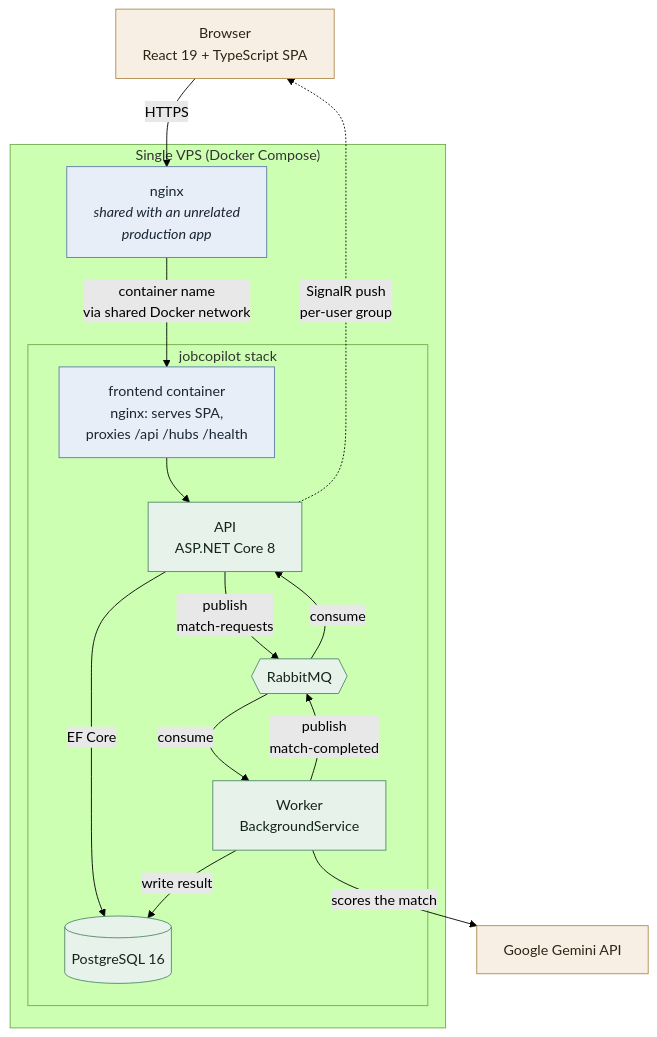
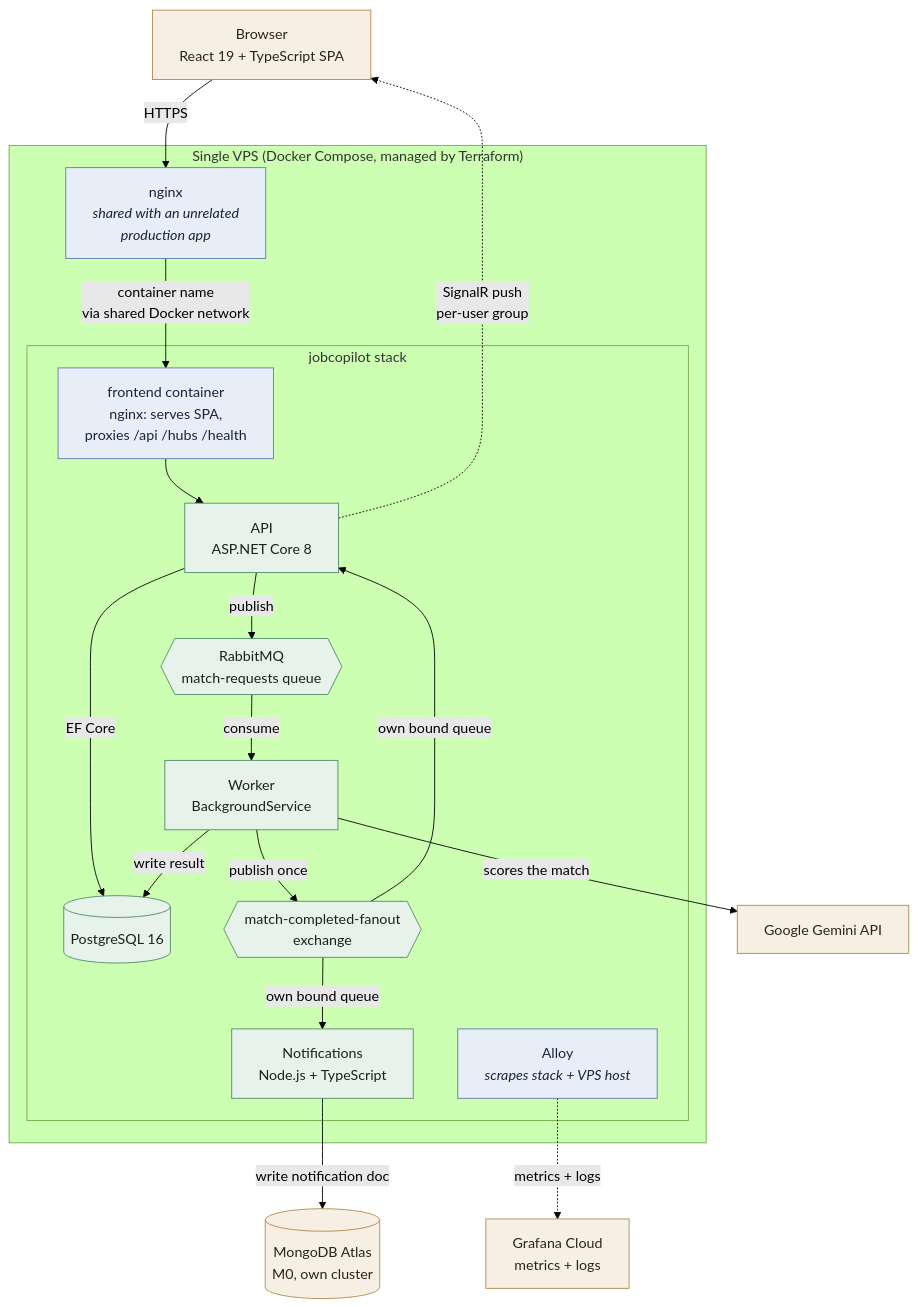
Before and after one commit to i-am-shams/ai-jobsearch-copilot: the diagram in README.md, drawn with Mermaid (forest theme). The commit also changed other lines of this file and 2 other files, not shown here.

Commit message:
Redraw the architecture diagram for notifications, Atlas, and Grafana
Deliberately held off until all three cross-cutting pieces existed so
this happened once instead of twice. Adds the match-completed-fanout
exchange (visualizing the real fanout bug fix), the notifications
service and its own MongoDB Atlas cluster, and Alloy shipping metrics
and logs to Grafana Cloud. Also fixes two now-false claims in README's
Known gaps (no IaC, failed matches not pushing SignalR) that this
session's earlier work already resolved.

````diff
--- a/README.md
+++ b/README.md
@@ -13,37 +13,45 @@
 ```mermaid
 flowchart TD
     B["Browser<br/>React 19 + TypeScript SPA"]
 
-    subgraph VPS["Single VPS (Docker Compose)"]
+    subgraph VPS["Single VPS (Docker Compose, managed by Terraform)"]
         N["nginx<br/><i>shared with an unrelated<br/>production app</i>"]
 
         subgraph STACK["jobcopilot stack"]
             F["frontend container<br/>nginx: serves SPA,<br/>proxies /api /hubs /health"]
             A["API<br/>ASP.NET Core 8"]
             W["Worker<br/>BackgroundService"]
             P[("PostgreSQL 16")]
-            Q{{"RabbitMQ"}}
+            Q{{"RabbitMQ<br/>match-requests queue"}}
+            X{{"match-completed-fanout<br/>exchange"}}
+            NT["Notifications<br/>Node.js + TypeScript"]
+            AL["Alloy<br/><i>scrapes stack + VPS host</i>"]
         end
     end
 
     G["Google Gemini API"]
+    M[("MongoDB Atlas<br/>M0, own cluster")]
+    GC["Grafana Cloud<br/>metrics + logs"]
 
     B -->|"HTTPS"| N
     N -->|"container name<br/>via shared Docker network"| F
     F --> A
     A -->|"EF Core"| P
-    A -->|"publish<br/>match-requests"| Q
+    A -->|"publish"| Q
     Q -->|"consume"| W
     W -->|"scores the match"| G
     W -->|"write result"| P
-    W -->|"publish<br/>match-completed"| Q
-    Q -->|"consume"| A
+    W -->|"publish once"| X
+    X -->|"own bound queue"| A
+    X -->|"own bound queue"| NT
     A -.->|"SignalR push<br/>per-user group"| B
+    NT -->|"write notification doc"| M
+    AL -.->|"metrics + logs"| GC
 
     classDef infra fill:#e8eef7,stroke:#5b7ba6,color:#1a2634
     classDef app fill:#e6f2ea,stroke:#4f8a68,color:#14251b
     classDef ext fill:#f7efe3,stroke:#b08a4f,color:#2e2415
-    class N,F infra
-    class A,W,P,Q app
-    class G,B ext
+    class N,F,AL infra
+    class A,W,P,Q,X,NT app
+    class G,B,M,GC ext
 ```
````
